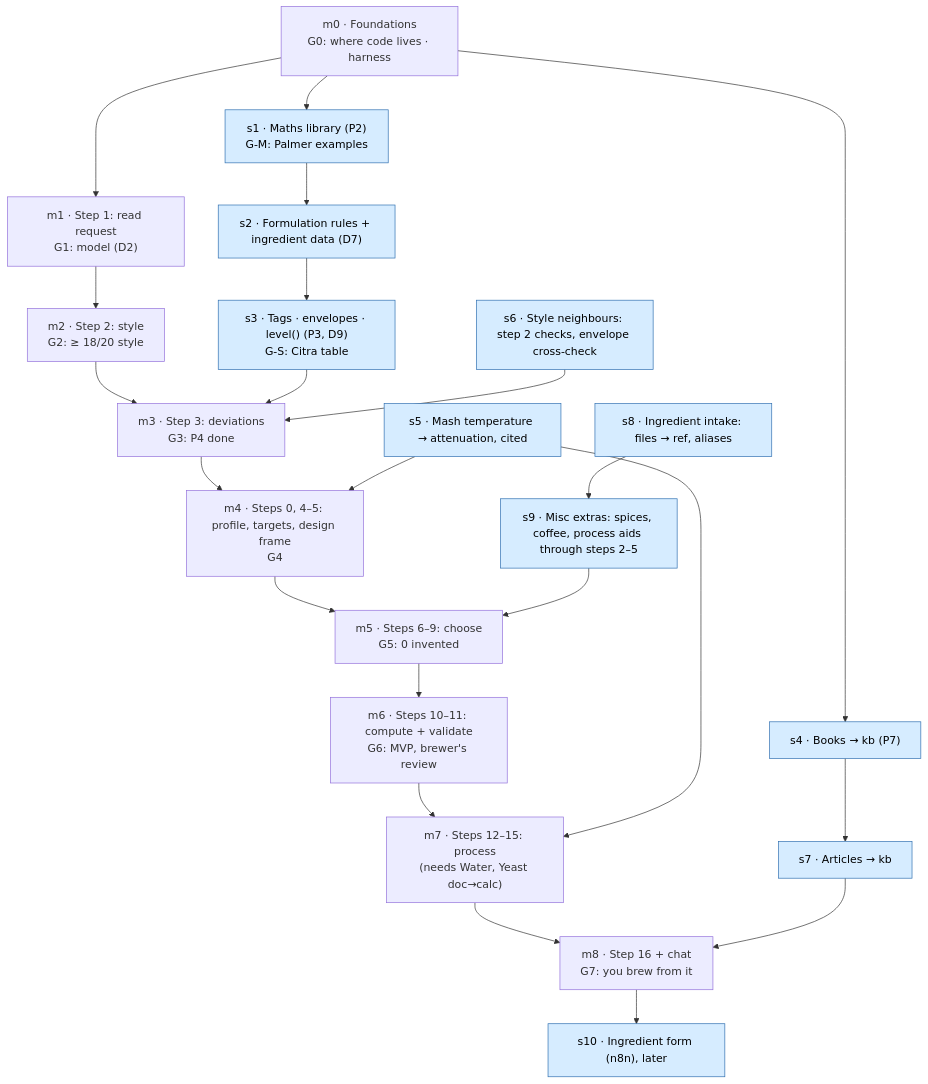
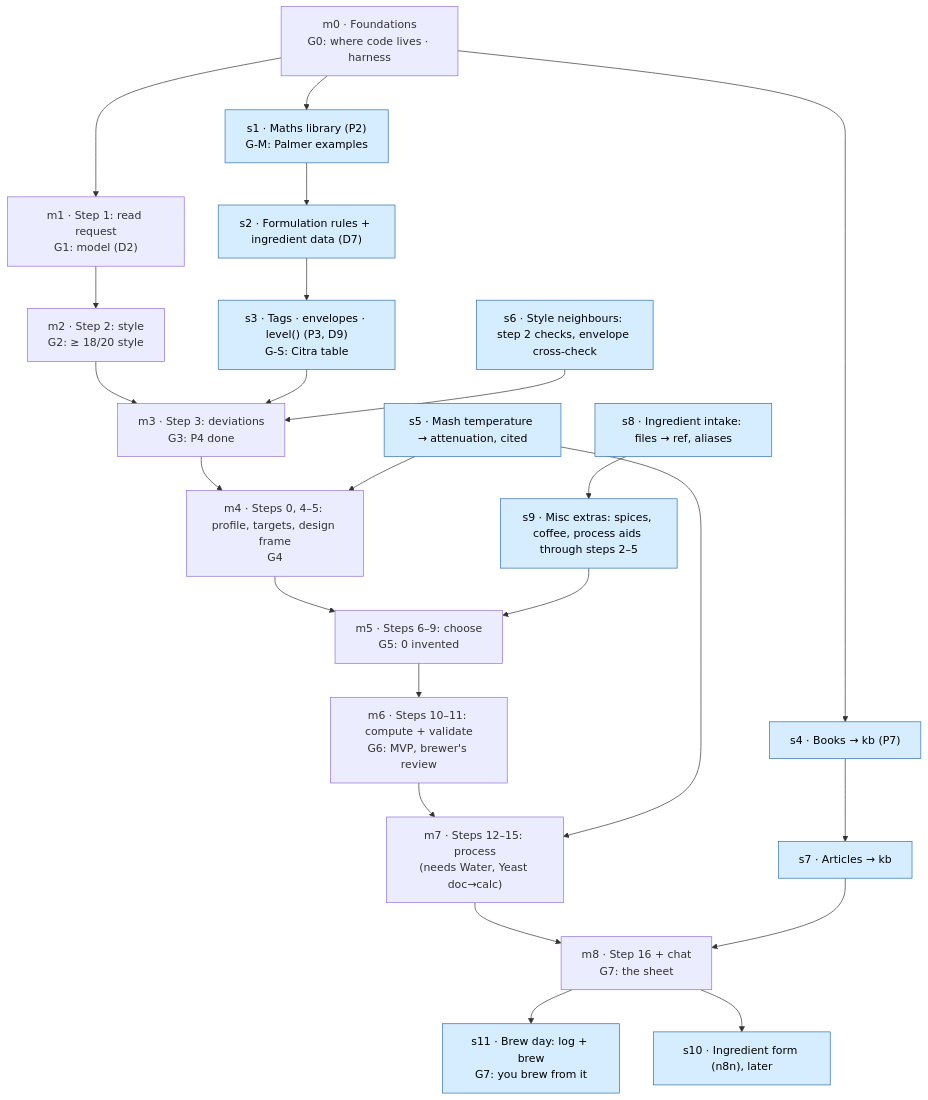
One commit to badacsonyigorenyember/homebrew_ai changed the diagram in docs/WORKFLOW-ROADMAP.md. Above: the diagram before and after it, drawn with Mermaid. The commit also changed other lines of this file and 3 other files, not shown here.

Commit message:
Move brew day to s11-brew-day

````diff
--- a/docs/WORKFLOW-ROADMAP.md
+++ b/docs/WORKFLOW-ROADMAP.md
@@ -28,27 +28,28 @@
 ```mermaid
 flowchart TD
     M0["m0 · Foundations<br/>G0: where code lives · harness"] --> M1 & S1 & S4
     M1["m1 · Step 1: read request<br/>G1: model (D2)"] --> M2
     M2["m2 · Step 2: style<br/>G2: ≥ 18/20 style"] --> M3
     S1["s1 · Maths library (P2)<br/>G-M: Palmer examples"] --> S2
     S2["s2 · Formulation rules + ingredient data (D7)"]
     S2 --> S3
     S3["s3 · Tags · envelopes · level() (P3, D9)<br/>G-S: Citra table"] --> M3
     S6["s6 · Style neighbours: step 2 checks, envelope cross-check"] --> M3
     M3["m3 · Step 3: deviations<br/>G3: P4 done"] --> M4
     S5["s5 · Mash temperature → attenuation, cited"] --> M4
     M4["m4 · Steps 0, 4–5: profile, targets, design frame<br/>G4"] --> M5
     S8["s8 · Ingredient intake: files → ref, aliases"] --> S9
     S9["s9 · Misc extras: spices, coffee, process aids through steps 2–5"] --> M5
     M5["m5 · Steps 6–9: choose<br/>G5: 0 invented"] --> M6
     M6["m6 · Steps 10–11: compute + validate<br/>G6: MVP, brewer's review"] --> M7
     M7["m7 · Steps 12–15: process<br/>(needs Water, Yeast doc→calc)"] --> M8
     S4["s4 · Books → kb (P7)"] --> S7
     S7["s7 · Articles → kb"] --> M8
     S5 --> M7
-    M8["m8 · Step 16 + chat<br/>G7: you brew from it"] --> S10
+    M8["m8 · Step 16 + chat<br/>G7: the sheet"] --> S11 & S10
+    S11["s11 · Brew day: log + brew<br/>G7: you brew from it"]
     S10["s10 · Ingredient form (n8n), later"]
 
     classDef side fill:#d6ecff,stroke:#2f6fb0,color:#000
-    class S1,S2,S3,S4,S5,S6,S7,S8,S9,S10 side
+    class S1,S2,S3,S4,S5,S6,S7,S8,S9,S10,S11 side
 ```
````
